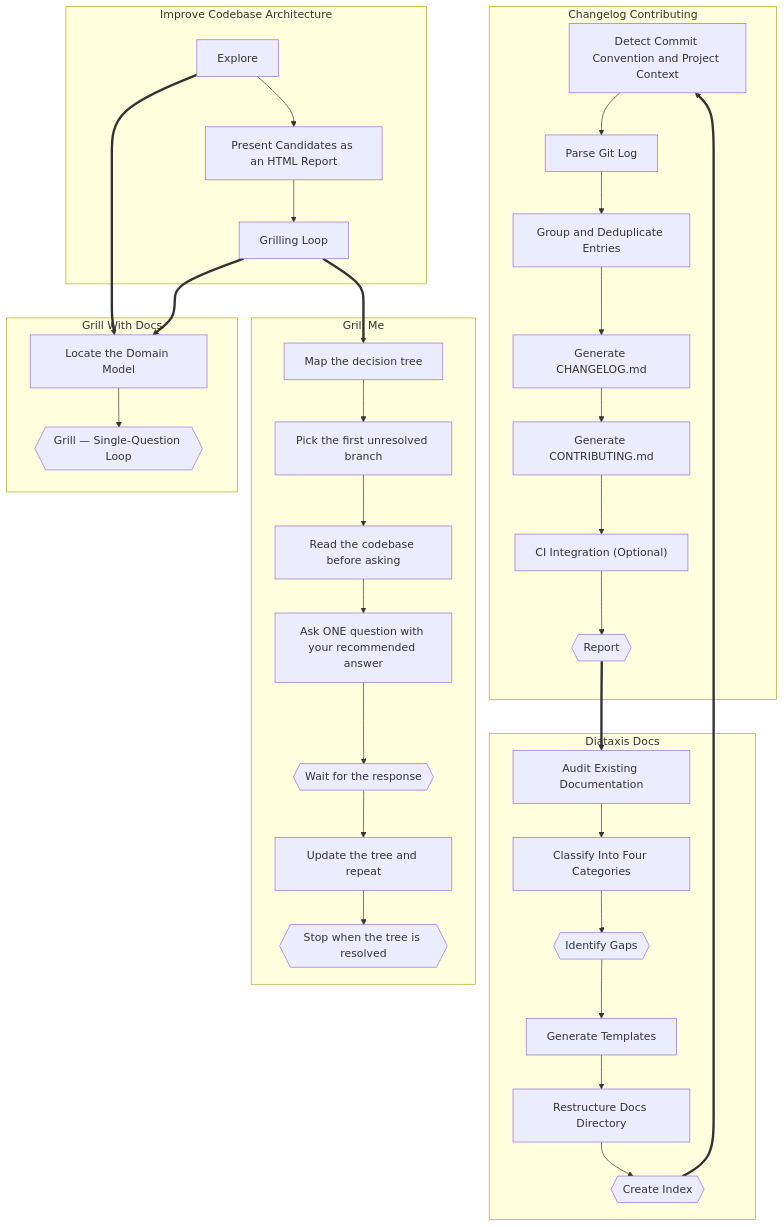
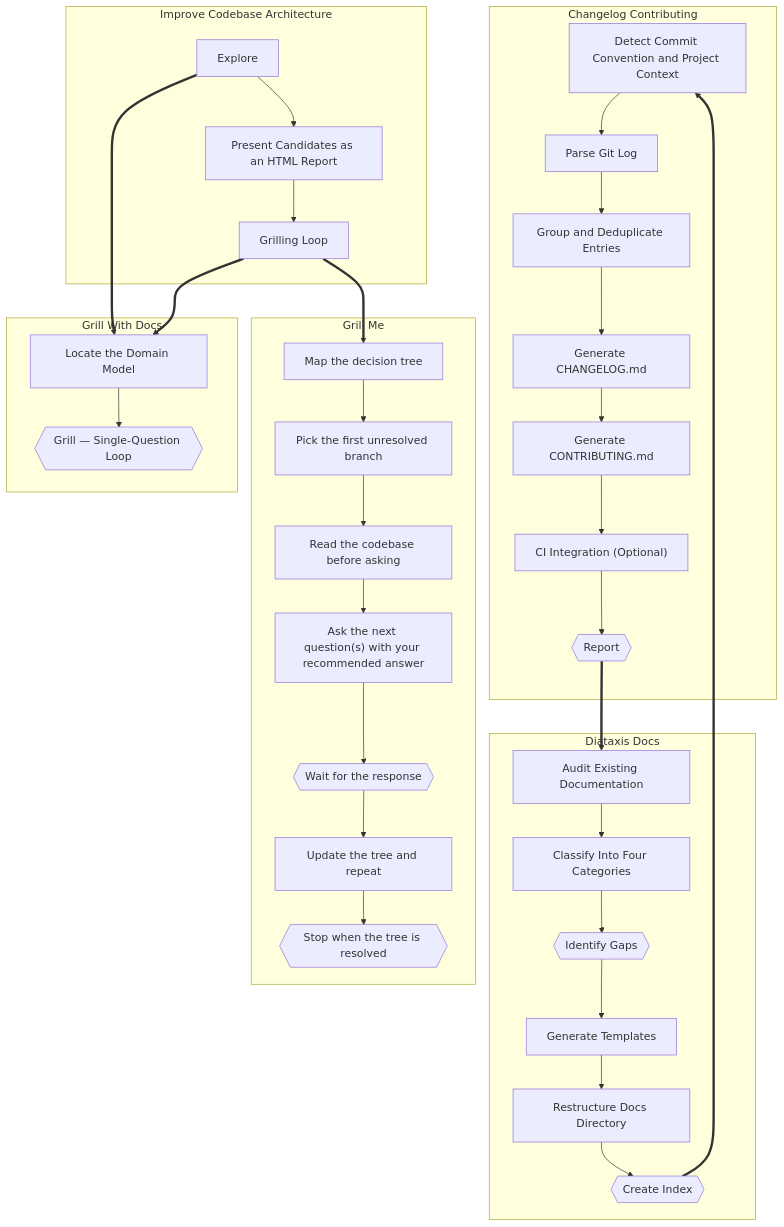
One commit to abhayla/claude-best-practices changed the third of 9 diagrams in docs/workflows/documentation.md. Above: the diagram before and after it, drawn with Mermaid. The commit also changed other lines of this file and 13 other files, not shown here.

````diff
--- a/docs/workflows/documentation.md
+++ b/docs/workflows/documentation.md
@@ -172,68 +172,68 @@
 ```mermaid
 graph TD
     subgraph changelog_contributing_sub["Changelog Contributing"]
         changelog_contributing_s1["Detect Commit Convention and Project Context"]
         changelog_contributing_s2["Parse Git Log"]
         changelog_contributing_s1 --> changelog_contributing_s2
         changelog_contributing_s3["Group and Deduplicate Entries"]
         changelog_contributing_s2 --> changelog_contributing_s3
         changelog_contributing_s4["Generate CHANGELOG.md"]
         changelog_contributing_s3 --> changelog_contributing_s4
         changelog_contributing_s5["Generate CONTRIBUTING.md"]
         changelog_contributing_s4 --> changelog_contributing_s5
         changelog_contributing_s6["CI Integration (Optional)"]
         changelog_contributing_s5 --> changelog_contributing_s6
         changelog_contributing_s7{{Report}}
         changelog_contributing_s6 --> changelog_contributing_s7
     end
 
     subgraph diataxis_docs_sub["Diataxis Docs"]
         diataxis_docs_s1["Audit Existing Documentation"]
         diataxis_docs_s2["Classify Into Four Categories"]
         diataxis_docs_s1 --> diataxis_docs_s2
         diataxis_docs_s3{{Identify Gaps}}
         diataxis_docs_s2 --> diataxis_docs_s3
         diataxis_docs_s4["Generate Templates"]
         diataxis_docs_s3 --> diataxis_docs_s4
         diataxis_docs_s5["Restructure Docs Directory"]
         diataxis_docs_s4 --> diataxis_docs_s5
         diataxis_docs_s6{{Create Index}}
         diataxis_docs_s5 --> diataxis_docs_s6
     end
 
     subgraph grill_me_sub["Grill Me"]
         grill_me_s1["Map the decision tree"]
         grill_me_s2["Pick the first unresolved branch"]
         grill_me_s1 --> grill_me_s2
         grill_me_s3["Read the codebase before asking"]
         grill_me_s2 --> grill_me_s3
-        grill_me_s4["Ask ONE question with your recommended answer"]
+        grill_me_s4["Ask the next question(s) with your recommended answer"]
         grill_me_s3 --> grill_me_s4
         grill_me_s5{{Wait for the response}}
         grill_me_s4 --> grill_me_s5
         grill_me_s6["Update the tree and repeat"]
         grill_me_s5 --> grill_me_s6
         grill_me_s7{{Stop when the tree is resolved}}
         grill_me_s6 --> grill_me_s7
     end
 
     subgraph grill_with_docs_sub["Grill With Docs"]
         grill_with_docs_s1["Locate the Domain Model"]
         grill_with_docs_s2{{Grill — Single-Question Loop}}
         grill_with_docs_s1 --> grill_with_docs_s2
     end
 
     subgraph improve_codebase_architecture_sub["Improve Codebase Architecture"]
         improve_codebase_architecture_s1["Explore"]
         improve_codebase_architecture_s2["Present Candidates as an HTML Report"]
         improve_codebase_architecture_s1 --> improve_codebase_architecture_s2
         improve_codebase_architecture_s3["Grilling Loop"]
         improve_codebase_architecture_s2 --> improve_codebase_architecture_s3
     end
 
     changelog_contributing_s7 ==> diataxis_docs_s1
     diataxis_docs_s6 ==> changelog_contributing_s1
     improve_codebase_architecture_s1 ==> grill_with_docs_s1
     improve_codebase_architecture_s3 ==> grill_me_s1
     improve_codebase_architecture_s3 ==> grill_with_docs_s1
 ```
````
